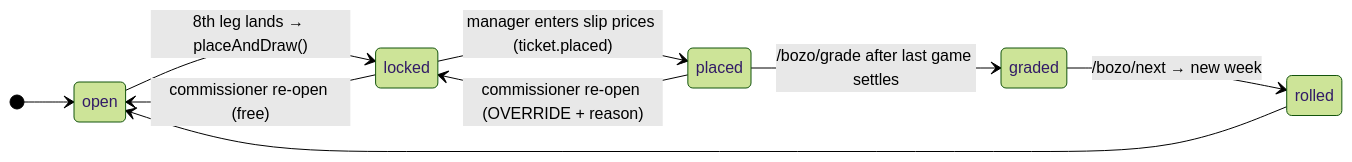
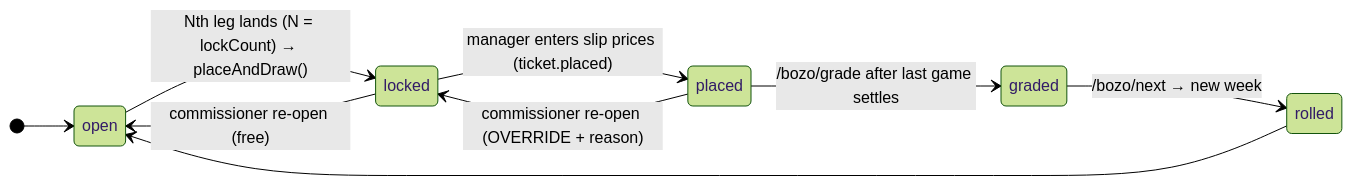
Before and after one commit to JKapcar/data-dawgs: the second of 11 diagrams in docs/bozo-workplan.md, drawn with Mermaid (forest theme). The commit also changed other lines of this file, not shown here.

````diff
--- a/docs/bozo-workplan.md
+++ b/docs/bozo-workplan.md
@@ -163,12 +171,12 @@
 ```mermaid
 stateDiagram-v2
   direction LR
   [*] --> open
-  open --> locked : 8th leg lands → placeAndDraw()
+  open --> locked : Nth leg lands (N = lockCount) → placeAndDraw()
   locked --> placed : manager enters slip prices (ticket.placed)
   locked --> open : commissioner re-open (free)
   placed --> locked : commissioner re-open (OVERRIDE + reason)
   placed --> graded : /bozo/grade after last game settles
   graded --> rolled : /bozo/next → new week
   rolled --> open
 ```
````
